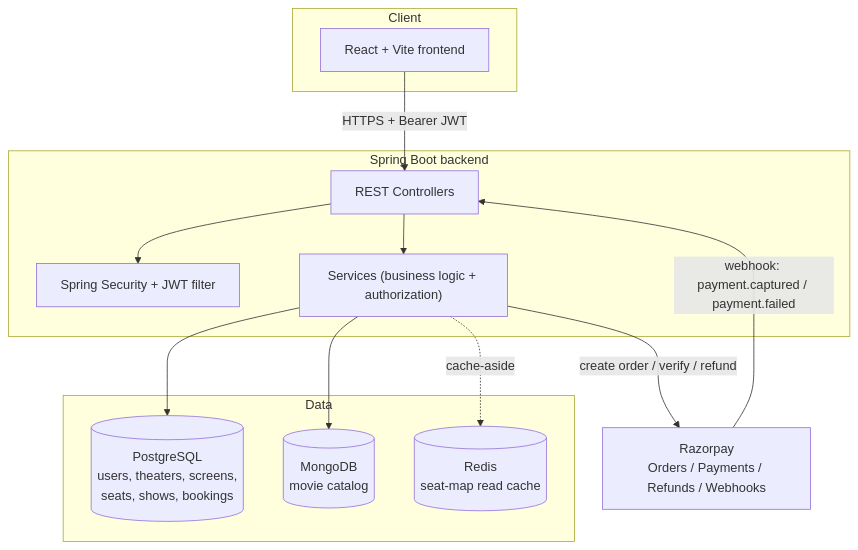
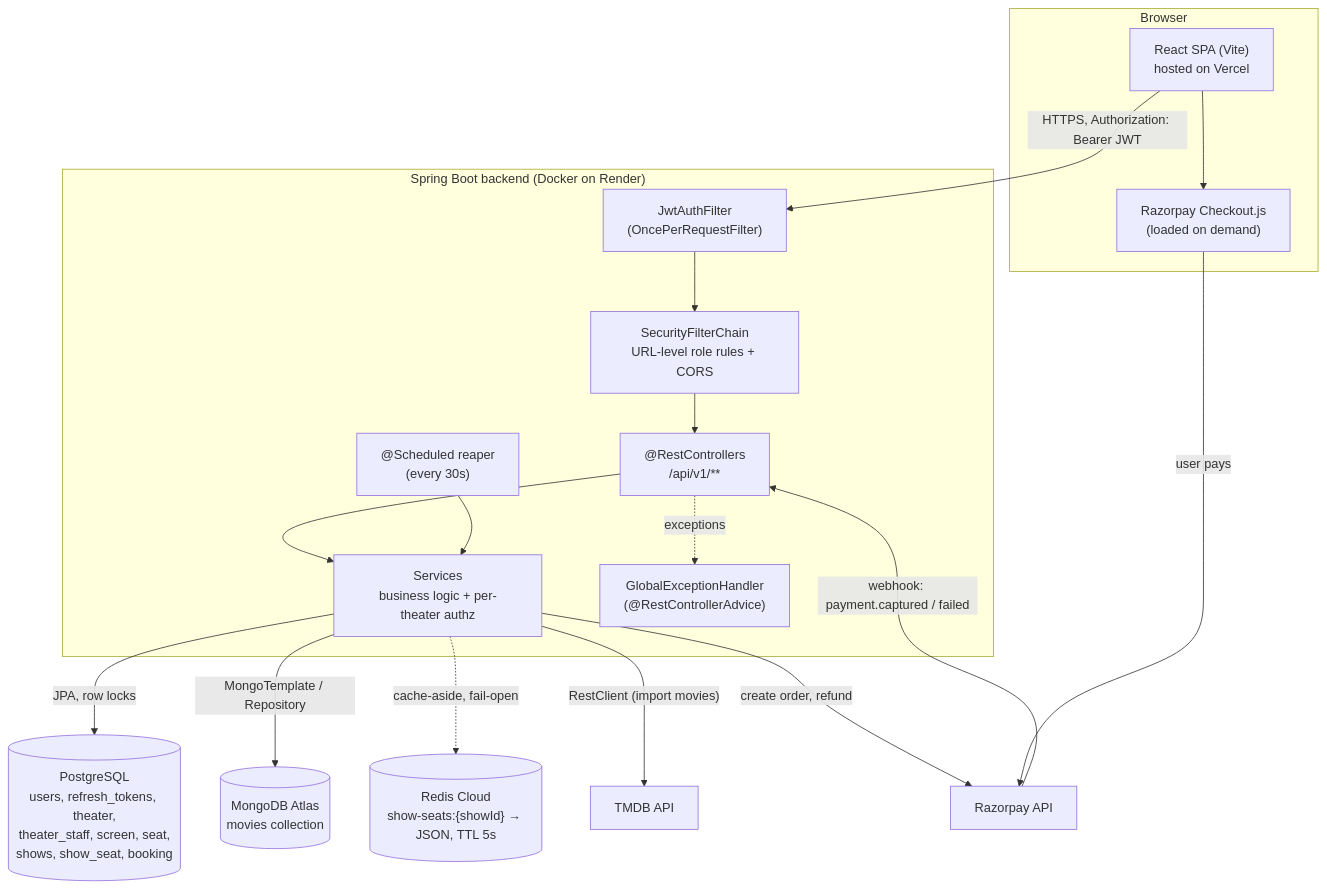
Before and after one commit to prabh1805/showtime: the first of 10 diagrams in ARCHITECTURE.md, drawn with Mermaid. The commit also changed other lines of this file, not shown here.

First line of the commit message:
Rewrite ARCHITECTURE.md as a full architecture and interview guide

````diff
--- a/ARCHITECTURE.md
+++ b/ARCHITECTURE.md
@@ -9,26 +97,34 @@
 ```mermaid
 graph TB
-    subgraph Client
-        FE["React + Vite frontend"]
+    subgraph Browser
+        FE["React SPA (Vite)<br/>hosted on Vercel"]
+        RZPJS["Razorpay Checkout.js<br/>(loaded on demand)"]
     end
-    subgraph Backend["Spring Boot backend"]
-        API["REST Controllers"]
-        SEC["Spring Security + JWT filter"]
-        SVC["Services (business logic + authorization)"]
+
+    subgraph Render["Spring Boot backend (Docker on Render)"]
+        FILTER["JwtAuthFilter<br/>(OncePerRequestFilter)"]
+        SEC["SecurityFilterChain<br/>URL-level role rules + CORS"]
+        CTRL["@RestControllers<br/>/api/v1/**"]
+        SVC["Services<br/>business logic + per-theater authz"]
+        SCHED["@Scheduled reaper<br/>(every 30s)"]
+        GEH["GlobalExceptionHandler<br/>(@RestControllerAdvice)"]
     end
-    subgraph Data
-        PG[("PostgreSQL<br/>users, theaters, screens,<br/>seats, shows, bookings")]
-        MONGO[("MongoDB<br/>movie catalog")]
-        REDIS[("Redis<br/>seat-map read cache")]
-    end
-    RZP["Razorpay<br/>Orders / Payments / Refunds / Webhooks"]
 
-    FE -->|"HTTPS + Bearer JWT"| API
-    API --> SEC
-    API --> SVC
-    SVC --> PG
-    SVC --> MONGO
-    SVC -.->|"cache-aside"| REDIS
-    SVC -->|"create order / verify / refund"| RZP
-    RZP -->|"webhook: payment.captured / payment.failed"| API
+    PG[("PostgreSQL<br/>users, refresh_tokens, theater,<br/>theater_staff, screen, seat,<br/>shows, show_seat, booking")]
+    MONGO[("MongoDB Atlas<br/>movies collection")]
+    REDIS[("Redis Cloud<br/>show-seats:{showId} → JSON, TTL 5s")]
+    TMDB["TMDB API"]
+    RZP["Razorpay API"]
+
+    FE -->|"HTTPS, Authorization: Bearer JWT"| FILTER
+    FILTER --> SEC --> CTRL --> SVC
+    CTRL -. exceptions .-> GEH
+    SVC -->|"JPA, row locks"| PG
+    SVC -->|"MongoTemplate / Repository"| MONGO
+    SVC -.->|"cache-aside, fail-open"| REDIS
+    SVC -->|"RestClient (import movies)"| TMDB
+    SVC -->|"create order, refund"| RZP
+    SCHED --> SVC
+    FE --> RZPJS -->|"user pays"| RZP
+    RZP -->|"webhook: payment.captured / failed"| CTRL
 ```
````
